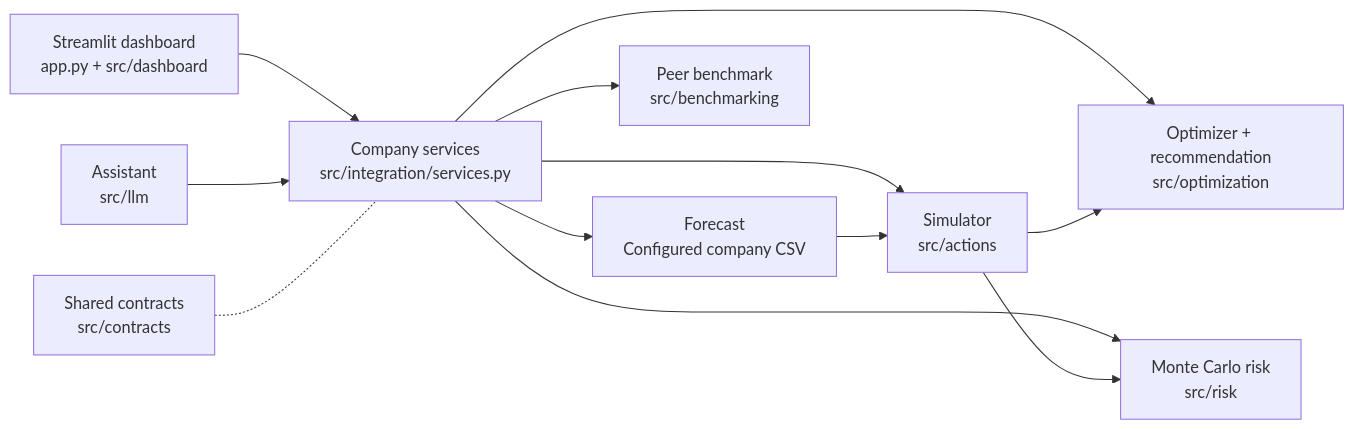
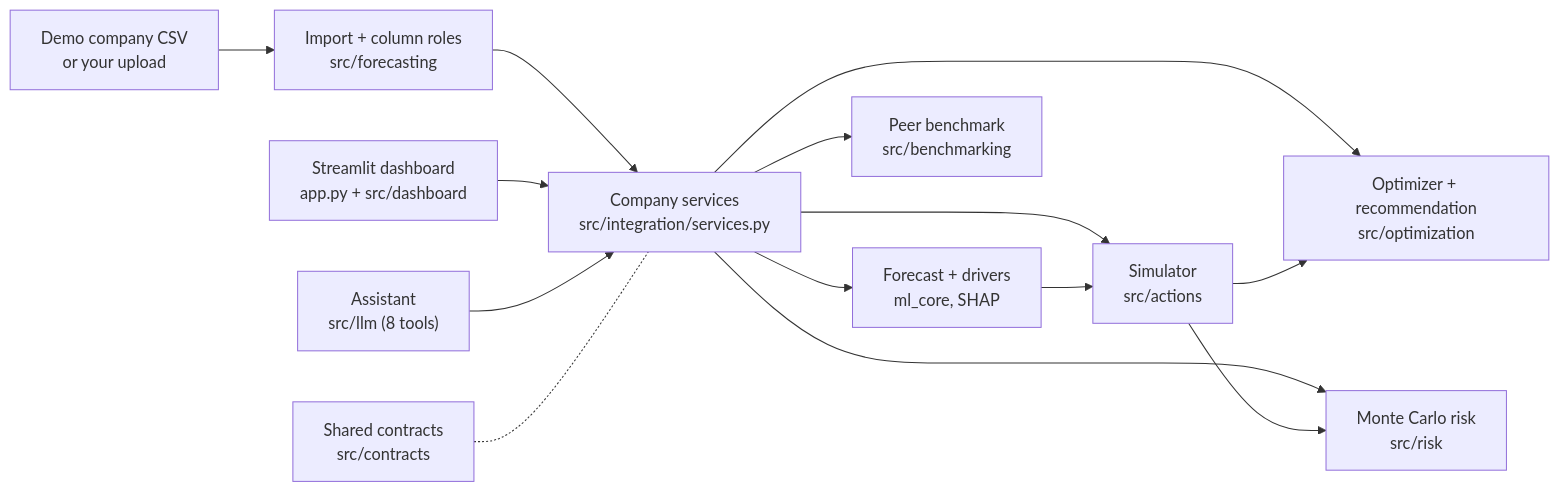
The diagram in README.md (CemSarp/ADAHACK_SimpleMen), drawn with Mermaid before and after one commit. The commit also changed other lines of this file and 10 other files, not shown here.

````diff
--- a/README.md
+++ b/README.md
@@ -104,14 +107,16 @@
 ```mermaid
 flowchart LR
-    UI["Streamlit dashboard<br/>app.py + src/dashboard"] --> REG["Company services<br/>src/integration/services.py"]
-    CHAT["Assistant<br/>src/llm"] --> REG
-    REG --> F["Forecast<br/>Configured company CSV"]
+    CSV["Demo company CSV<br/>or your upload"] --> IMP["Import + column roles<br/>src/forecasting"]
+    IMP --> REG["Company services<br/>src/integration/services.py"]
+    UI["Streamlit dashboard<br/>app.py + src/dashboard"] --> REG
+    CHAT["Assistant<br/>src/llm (8 tools)"] --> REG
+    REG --> F["Forecast + drivers<br/>ml_core, SHAP"]
     REG --> S["Simulator<br/>src/actions"]
     REG --> O["Optimizer + recommendation<br/>src/optimization"]
     REG --> R["Monte Carlo risk<br/>src/risk"]
     REG --> B["Peer benchmark<br/>src/benchmarking"]
     F --> S
     S --> O
     S --> R
     C["Shared contracts<br/>src/contracts"] -.- REG
 ```
````
